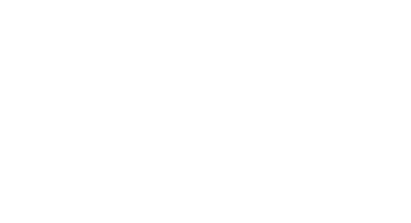
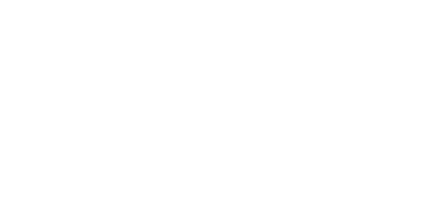
The diagram in presentations/fc17-3-4-2017/figures/afterTurn.dot (decrypto-org/TrustIsRisk), drawn with Graphviz before and after one commit. The commit also changed 11 other files, not shown here.

```diff
--- a/presentations/fc17-3-4-2017/figures/afterTurn.dot
+++ b/presentations/fc17-3-4-2017/figures/afterTurn.dot
@@ -1,17 +1,17 @@
 digraph G  {
   graph [bgcolor=transparent]
   rankdir=LR;
-  B -> A [label="1฿",constraint=false,fontname="ubuntu",fontcolor=white,color=white];
+  B -> A [label="1m฿",constraint=false,fontname="ubuntu",fontcolor=white,color=white];
   A [fontname="ubuntu",fontcolor=white,color=white];
   B [fontname="ubuntu",fontcolor=white,color=white];
   C [fontname="ubuntu",fontcolor=white,color=white];
   D [fontname="ubuntu",fontcolor=white,color=white];
   E [fontname="ubuntu",fontcolor=white,color=white];
-  A -> D [label="5฿",fontname="ubuntu",fontcolor=white,color=white];
-  A -> C [label="5฿",fontname="ubuntu",fontcolor=white,color=white];
-  C -> B [label="3฿",fontname="ubuntu",fontcolor=white,color=white];
-  C -> E [label="10฿",fontname="ubuntu",fontcolor=white,color=white];
-  D -> B [label="1฿",fontname="ubuntu",fontcolor=white,color=white];
-  D -> C [label="4฿",fontname="ubuntu",fontcolor=white,color=white];
+  A -> D [label="5m฿",fontname="ubuntu",fontcolor=white,color=white];
+  A -> C [label="5m฿",fontname="ubuntu",fontcolor=white,color=white];
+  C -> B [label="3m฿",fontname="ubuntu",fontcolor=white,color=white];
+  C -> E [label="10m฿",fontname="ubuntu",fontcolor=white,color=white];
+  D -> B [label="1m฿",fontname="ubuntu",fontcolor=white,color=white];
+  D -> C [label="4m฿",fontname="ubuntu",fontcolor=white,color=white];
   {D C rank=same}
 }
```
